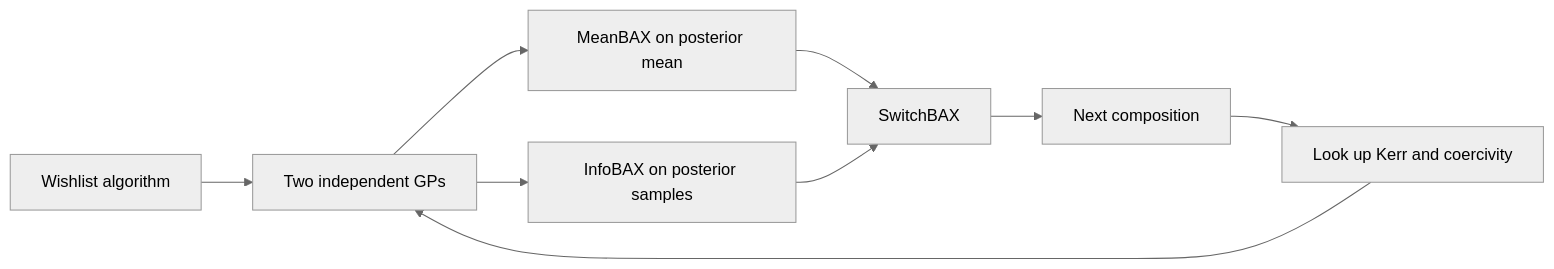
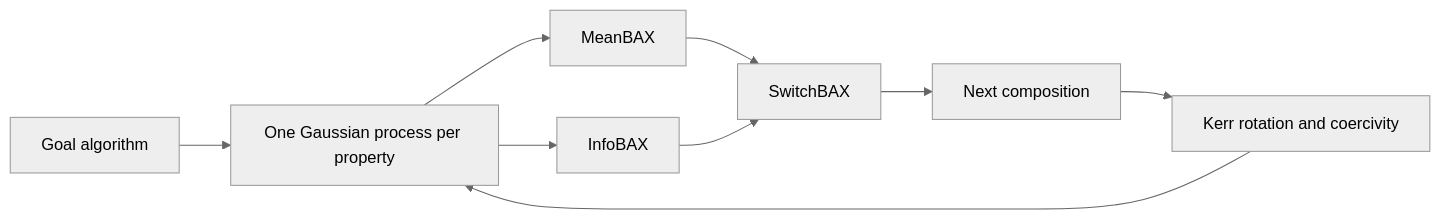
Before and after one commit to keshav-077/multibax-sklearn-reproduction: the diagram in README.md, drawn with Mermaid (neutral theme). The commit also changed other lines of this file and 2 other files, not shown here.

````diff
--- a/README.md
+++ b/README.md
@@ -63,11 +56,11 @@
 ```mermaid
 flowchart LR
-    goal[Wishlist algorithm] --> surrogate[Two independent GPs]
-    surrogate --> meanPath[MeanBAX on posterior mean]
-    surrogate --> infoPath[InfoBAX on posterior samples]
-    meanPath --> switch[SwitchBAX]
-    infoPath --> switch
-    switch --> nextPoint[Next composition]
-    nextPoint --> measure[Look up Kerr and coercivity]
-    measure --> surrogate
+    goal[Goal algorithm] --> gp[One Gaussian process per property]
+    gp --> meanbax[MeanBAX]
+    gp --> infobax[InfoBAX]
+    meanbax --> switchbax[SwitchBAX]
+    infobax --> switchbax
+    switchbax --> next[Next composition]
+    next --> measure[Kerr rotation and coercivity]
+    measure --> gp
 ```
````
